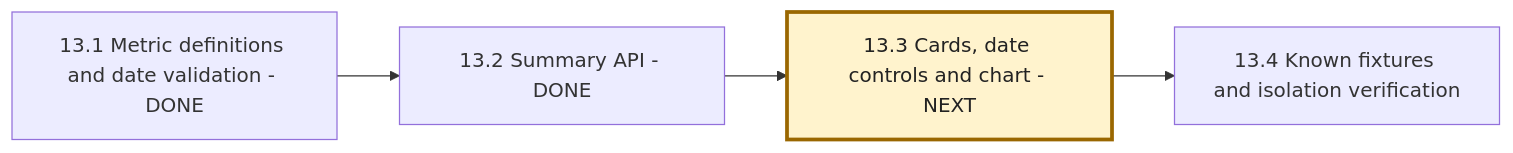
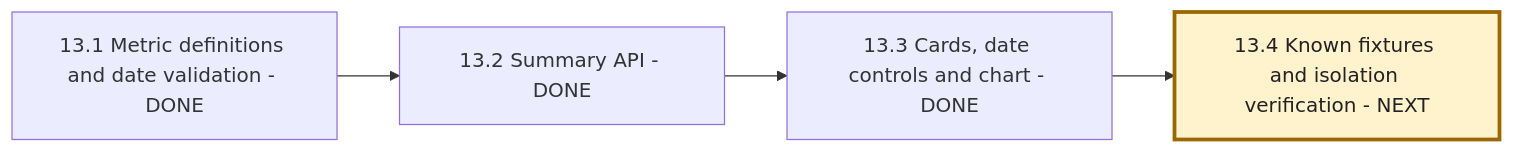
Before and after one commit to msdian0007/nexaAi: the fifth of 5 diagrams in NEXAAI_ROADMAP.md, drawn with Mermaid. The commit also changed other lines of this file and 22 other files, not shown here.

Commit message:
dashboard cards, dates and chart

````diff
--- a/NEXAAI_ROADMAP.md
+++ b/NEXAAI_ROADMAP.md
@@ -342,7 +343,7 @@
 ```mermaid
 flowchart LR
     A[13.1 Metric definitions and date validation - DONE] --> B[13.2 Summary API - DONE]
-    B --> C[13.3 Cards, date controls and chart - NEXT]
-    C --> D[13.4 Known fixtures and isolation verification]
-    style C fill:#fff3cd,stroke:#9a6700,stroke-width:3px,color:#222
+    B --> C[13.3 Cards, date controls and chart - DONE]
+    C --> D[13.4 Known fixtures and isolation verification - NEXT]
+    style D fill:#fff3cd,stroke:#9a6700,stroke-width:3px,color:#222
 ```
````
